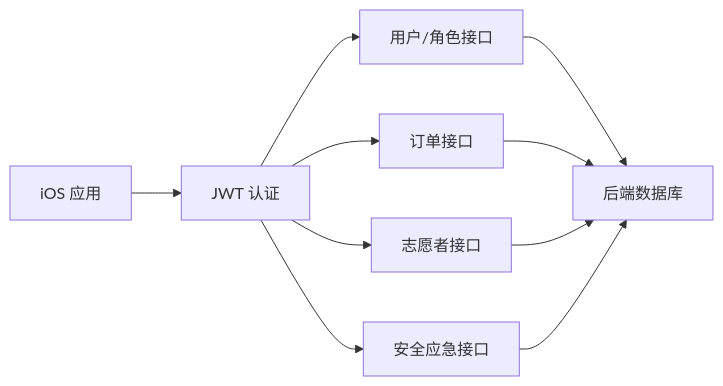
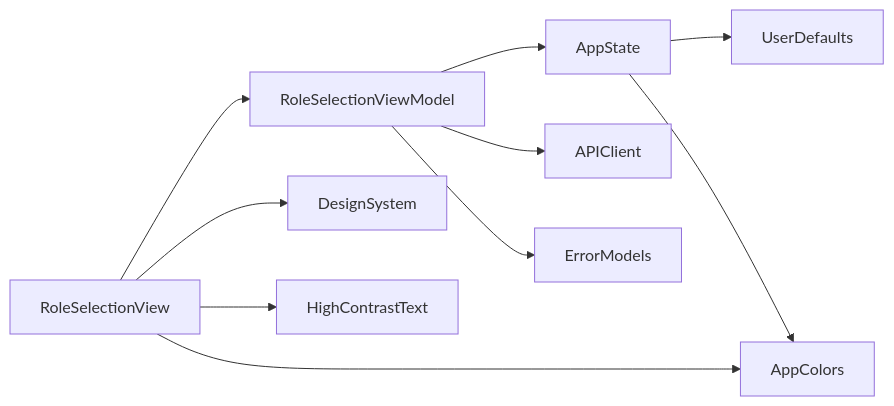
Before and after one commit to Jayden23018/blind-run-ios: the sixth of 6 diagrams in .qoder/repowiki/zh/content/架构设计/模块化架构设计/Role 角色模块.md, drawn with Mermaid. The commit also changed other lines of this file and 21 other files, not shown here.

````diff
--- a/.qoder/repowiki/zh/content/架构设计/模块化架构设计/Role 角色模块.md
+++ b/.qoder/repowiki/zh/content/架构设计/模块化架构设计/Role 角色模块.md
@@ -213,12 +350,12 @@
 ```mermaid
 graph LR
-APP["iOS 应用"] --> JWT["JWT 认证"]
-JWT --> API_USER["用户/角色接口"]
-JWT --> API_ORDER["订单接口"]
-JWT --> API_VOL["志愿者接口"]
-JWT --> API_EMERG["安全应急接口"]
-API_USER --> DB["后端数据库"]
-API_ORDER --> DB
-API_VOL --> DB
-API_EMERG --> DB
+RS["RoleSelectionView"] --> RVM["RoleSelectionViewModel"]
+RVM --> AS["AppState"]
+RVM --> API["APIClient"]
+RS --> DS["DesignSystem"]
+AS --> UD["UserDefaults"]
+AS --> AC["APIEnvironment"]
+RVM --> ES["ErrorModels"]
+RS --> HC["HighContrastText"]
+RS --> AC["AppColors"]
 ```
````
